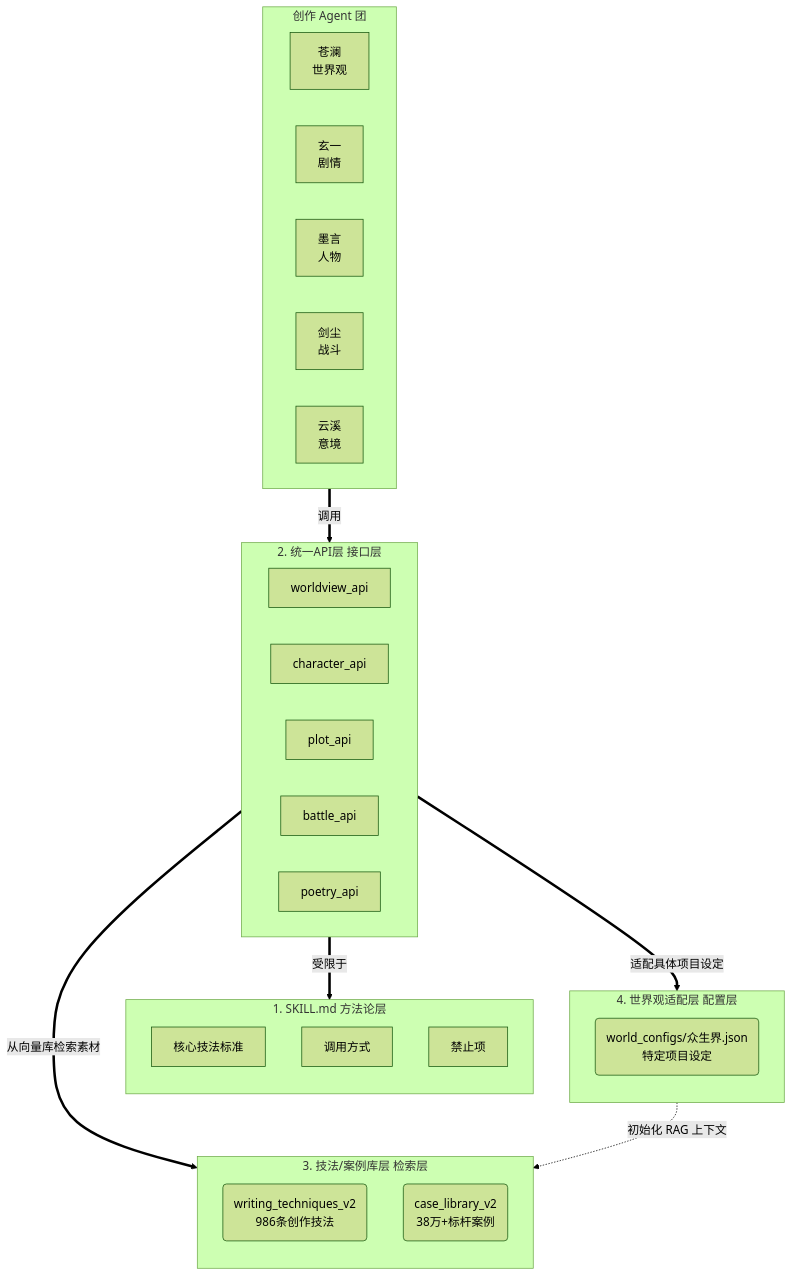
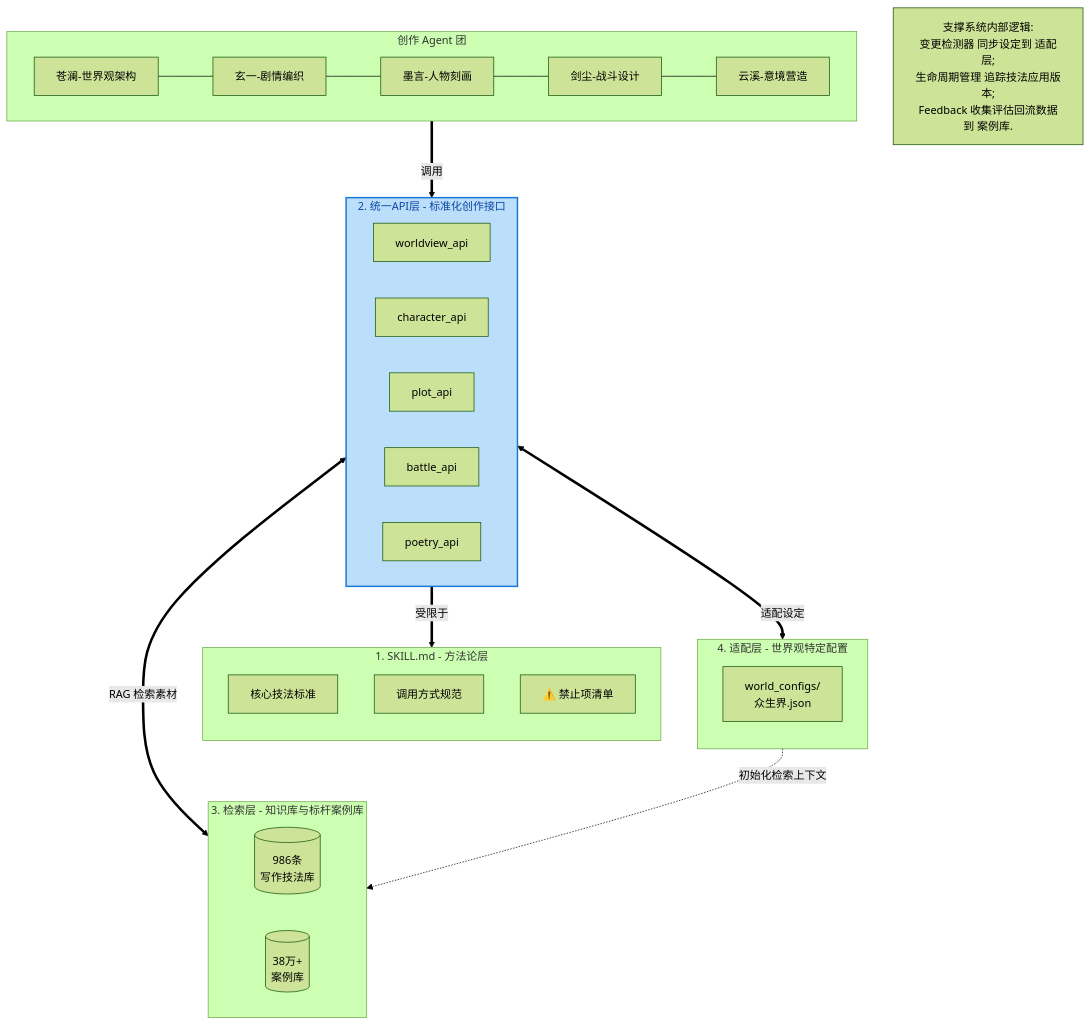
Before and after one commit to coffeeliuwei/zhongshengjie: the second of 2 diagrams in README.md, drawn with Mermaid. The commit also changed other lines of this file, not shown here.

Commit message:
docs: 优化Mermaid架构图视觉效果 - 整体架构图：添加图标、多行文本、更清晰的样式定义 - 四层专家架构图：增强层级颜色、添加支撑系统注释 - 改进节点命名和布局，提升可读性

````diff
--- a/README.md
+++ b/README.md
@@ -632,58 +662,72 @@
 ```mermaid
-%%{init: {'theme': 'forest'}}%%
+%%{init: {'theme': 'forest', 'themeVariables': { 'fontFamily': 'tahoma', 'fontSize': '15px'}}}%%
 graph TD
-    %% 定义样式
-    classDef layer_method fill:#d1c4e9,stroke:#512da8,stroke-width:2px,color:#fff;
-    classDef layer_api fill:#bbdefb,stroke:#1976d2,stroke-width:2px;
-    classDef layer_ret fill:#c8e6c9,stroke:#388e3c,stroke-width:2px;
-    classDef layer_config fill:#ffecb3,stroke:#ffa000,stroke-width:2px;
-    classDef agent fill:#ffab91,stroke:#d84315,stroke-width:2px,rx:15,ry:15;
+    %% ==========================================
+    %% 四层架构核心部分
+    %% ==========================================
+    
+    %% 定义层级颜色
+    classDef layer1 fill:#d1c4e9,stroke:#512da8,stroke-width:2px,color:#311b92;
+    classDef layer2 fill:#bbdefb,stroke:#1976d2,stroke-width:2px,color:#0d47a1;
+    classDef layer3 fill:#c8e6c9,stroke:#388e3c,stroke-width:2px,color:#1b5e20;
+    classDef layer4 fill:#ffecb3,stroke:#ffa000,stroke-width:2px,color:#bf360c;
+    classDef agent fill:#ffab91,stroke:#d84315,stroke-width:2px,rx:15,ry:15,color:#fff,font-weight:bold;
 
-    %% 1. 方法论层
-    subgraph L1 [1. SKILL.md 方法论层]
+    subgraph Agents [创作 Agent 团]
+        direction LR
+        Agent_WV[苍澜-世界观架构] --- Agent_Plot[玄一-剧情编织] --- Agent_Char[墨言-人物刻画] --- Agent_Bat[剑尘-战斗设计] --- Agent_Poet[云溪-意境营造]
+    end
+    class Agents agent;
+
+    Agents ==>|调用| API_Layer
+
+    subgraph Methodology_Layer [1. SKILL.md - 方法论层]
         direction TB
-        Method_Standard[核心技法标准]
-        Method_Call[调用方式]
-        Method_Ban[禁止项]
+        meth_std[核心技法标准]
+        meth_call[调用方式规范]
+        meth_ban[⚠️ 禁止项清单]
     end
+    class Methodology_Layer layer1;
 
-    %% 2. 统一API层
-    subgraph L2 [2. 统一API层 接口层]
+    subgraph API_Layer [2. 统一API层 - 标准化创作接口]
         direction LR
         API_WV[worldview_api]
         API_Char[character_api]
         API_Plot[plot_api]
         API_Bat[battle_api]
         API_Poet[poetry_api]
     end
+    class API_Layer layer2;
 
-    %% 3. 检索层
-    subgraph L3 [3. 技法/案例库层 检索层]
+    subgraph Knowledge_Layer [3. 检索层 - 知识库与标杆案例库]
+        direction LR
+        db_tech[(986条<br/>写作技法库)]
+        db_case[(38万+<br/>案例库)]
+    end
+    class Knowledge_Layer layer3;
+
+    subgraph Config_Layer [4. 适配层 - 世界观特定配置]
         direction TB
-        Ret_Tech(writing_techniques_v2<br/>986条创作技法)
-        Ret_Case(case_library_v2<br/>38万+标杆案例)
+        conf_zsj[world_configs/<br/>众生界.json]
     end
+    class Config_Layer layer4;
 
-    %% 4. 适配层
-    subgraph L4 [4. 世界观适配层 配置层]
-        direction TB
-        Config_JSON(world_configs/众生界.json<br/>特定项目设定)
-    end
+    %% ==========================================
+    %% RAG 逻辑与依赖关系
+    %% ==========================================
+    
+    %% API 受限于方法论
+    API_Layer ==>|受限于| Methodology_Layer
+    
+    %% API 检索素材
+    API_Layer <==>|RAG 检索素材| Knowledge_Layer
+    
+    %% API 适配项目
+    API_Layer <==>|适配设定| Config_Layer
+    
+    %% 数据生命周期管理关系
+    Config_Layer -.->|初始化检索上下文| Knowledge_Layer
 
-    %% 创作 Agent (Generators)
-    subgraph Agents [创作 Agent 团]
-        direction LR
-        Agent_A[苍澜<br/>世界观]
-        Agent_B[玄一<br/>剧情]
-        Agent_C[墨言<br/>人物]
-        Agent_D[剑尘<br/>战斗]
-        Agent_E[云溪<br/>意境]
-    end
-
-    %% 逻辑依赖关系
-    Agents ==>|调用| L2
-    L2 ==>|受限于| L1
-    L2 ==>|从向量库检索素材| L3
-    L2 ==>|适配具体项目设定| L4
-    L4 -.->|初始化 RAG 上下文| L3
+    %% 支撑系统与 RAG 的关系 (标注)
+    note_RAG[支撑系统内部逻辑:<br/>变更检测器 同步设定到 适配层;<br/>生命周期管理 追踪技法应用版本;<br/>Feedback 收集评估回流数据到 案例库.]
 ```
````
